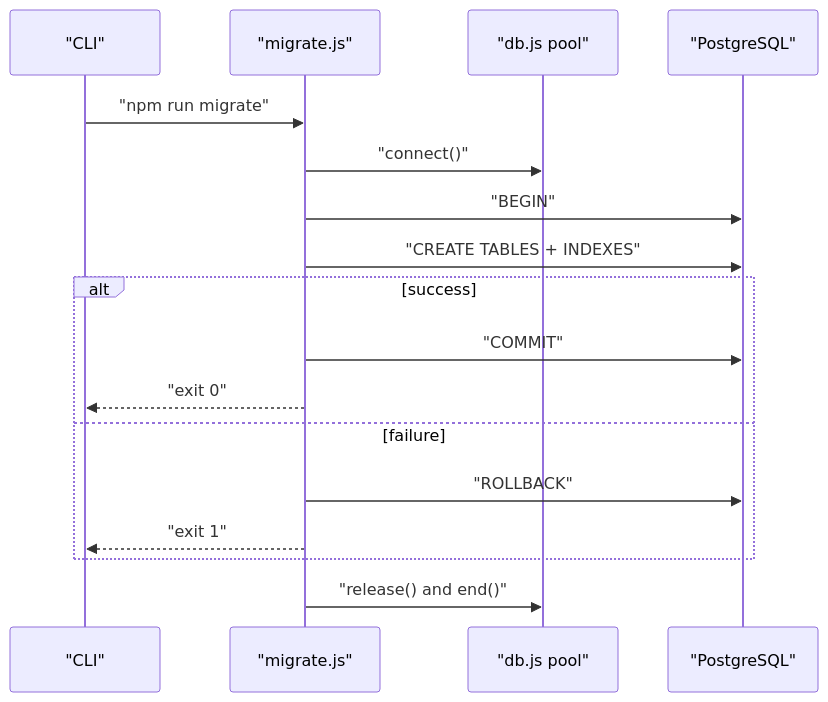
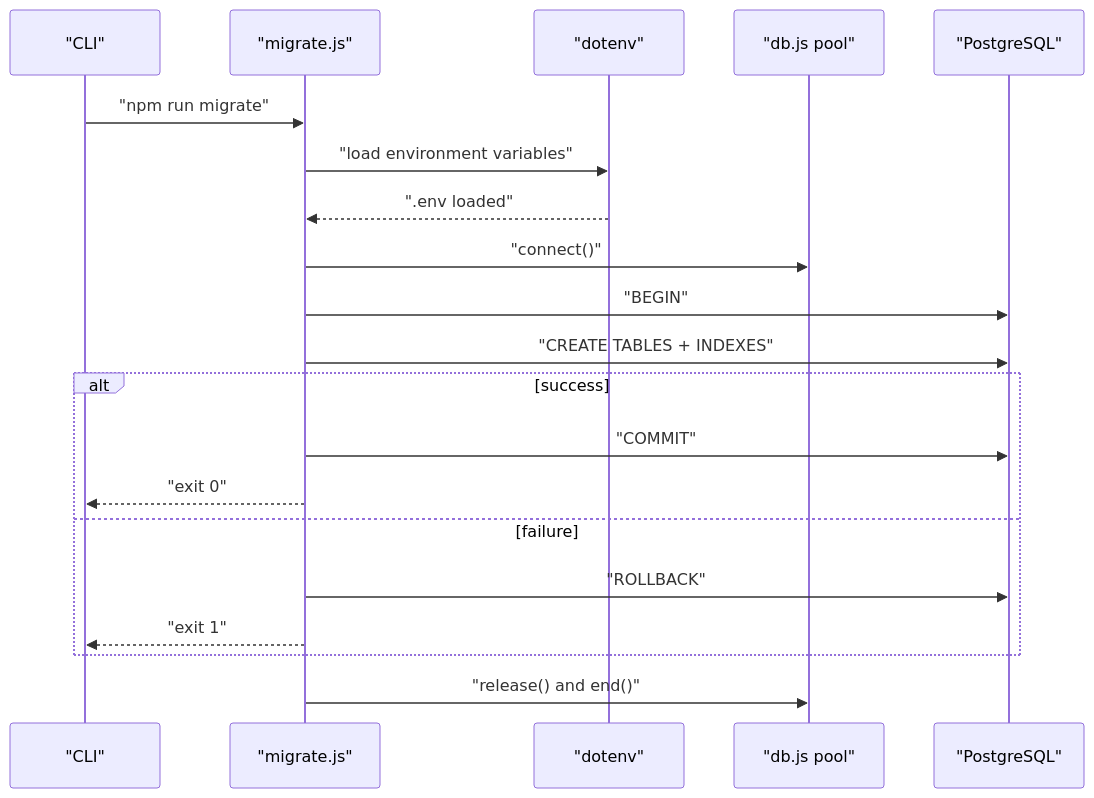
Before and after one commit to RunTimeAdmin/AgentID: the second of 4 diagrams in .qoder/repowiki/en/content/Database Design/Migration System.md, drawn with Mermaid. The commit also changed other lines of this file and 24 other files, not shown here.

````diff
--- a/.qoder/repowiki/en/content/Database Design/Migration System.md
+++ b/.qoder/repowiki/en/content/Database Design/Migration System.md
@@ -103,19 +118,22 @@
 ```mermaid
 sequenceDiagram
 participant CLI as "CLI"
 participant Script as "migrate.js"
+participant Dotenv as "dotenv"
 participant Pool as "db.js pool"
 participant PG as "PostgreSQL"
 CLI->>Script : "npm run migrate"
+Script->>Dotenv : "load environment variables"
+Dotenv-->>Script : ".env loaded"
 Script->>Pool : "connect()"
 Script->>PG : "BEGIN"
 Script->>PG : "CREATE TABLES + INDEXES"
 alt success
 Script->>PG : "COMMIT"
 Script-->>CLI : "exit 0"
 else failure
 Script->>PG : "ROLLBACK"
 Script-->>CLI : "exit 1"
 end
 Script->>Pool : "release() and end()"
 ```
````
